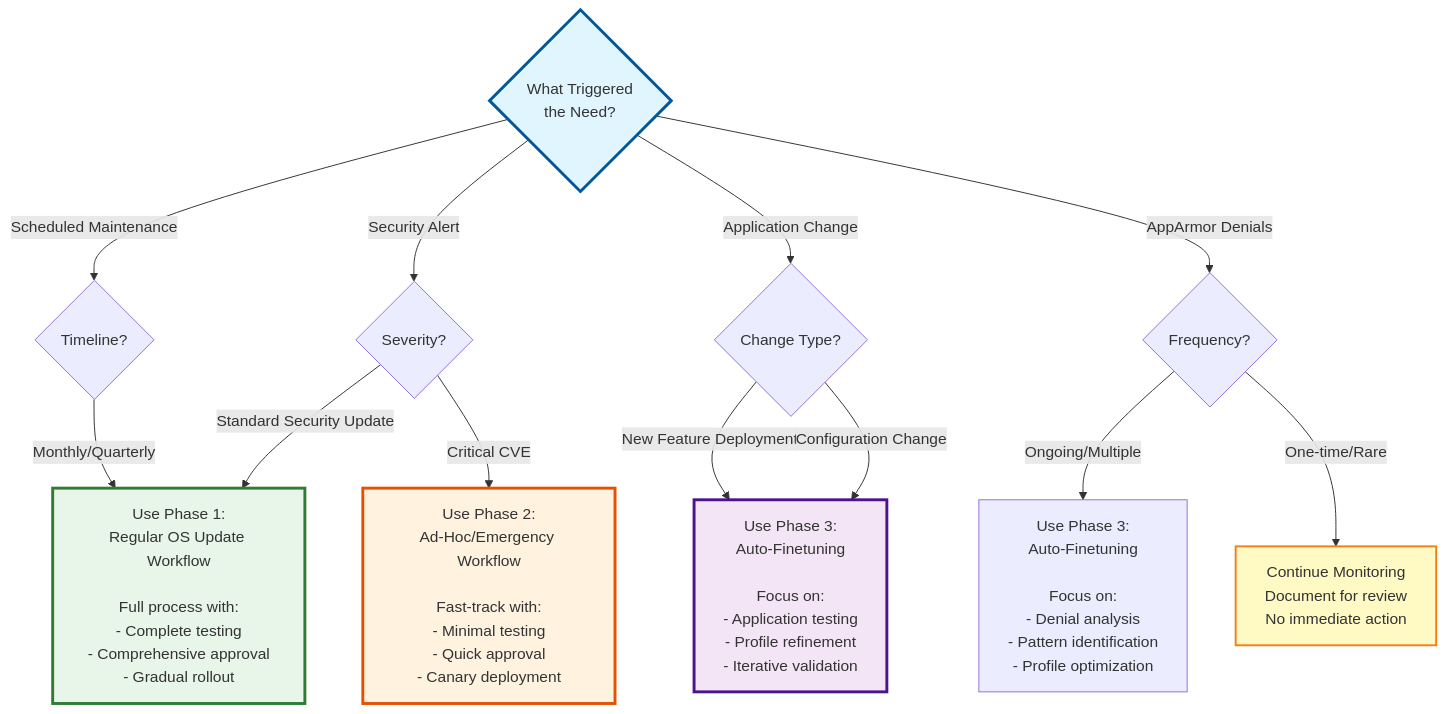
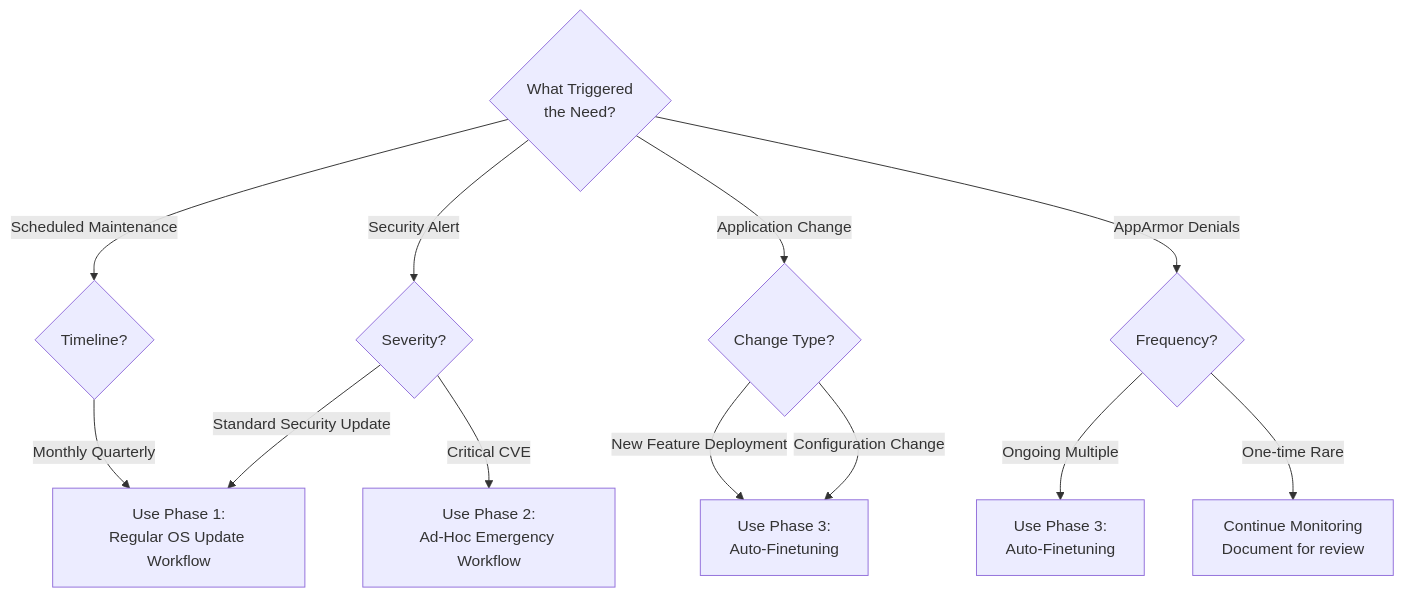
Diagram 15 of 16 in COMPLETE_WORKFLOW.md (jimmyloi1025/apparmor_automation), drawn with Mermaid before and after one commit. The commit also changed other lines of this file, not shown here.

````diff
--- a/COMPLETE_WORKFLOW.md
+++ b/COMPLETE_WORKFLOW.md
@@ -2080,29 +1901,23 @@
 ```mermaid
 flowchart TD
     Start{What Triggered<br/>the Need?}
     
     Start -->|Scheduled Maintenance| Scheduled{Timeline?}
     Start -->|Security Alert| Security{Severity?}
     Start -->|Application Change| AppChange{Change Type?}
     Start -->|AppArmor Denials| Denials{Frequency?}
     
-    Scheduled -->|Monthly/Quarterly| RegularUpdate[Use Phase 1:<br/>Regular OS Update Workflow<br/><br/>Full process with:<br/>- Complete testing<br/>- Comprehensive approval<br/>- Gradual rollout]
+    Scheduled -->|Monthly Quarterly| RegularUpdate[Use Phase 1:<br/>Regular OS Update Workflow]
     
-    Security -->|Critical CVE| Emergency[Use Phase 2:<br/>Ad-Hoc/Emergency Workflow<br/><br/>Fast-track with:<br/>- Minimal testing<br/>- Quick approval<br/>- Canary deployment]
+    Security -->|Critical CVE| Emergency[Use Phase 2:<br/>Ad-Hoc Emergency Workflow]
     
     Security -->|Standard Security Update| RegularUpdate
     
-    AppChange -->|New Feature Deployment| Feature[Use Phase 3:<br/>Auto-Finetuning<br/><br/>Focus on:<br/>- Application testing<br/>- Profile refinement<br/>- Iterative validation]
+    AppChange -->|New Feature Deployment| Feature[Use Phase 3:<br/>Auto-Finetuning]
     
     AppChange -->|Configuration Change| Feature
     
-    Denials -->|Ongoing/Multiple| Pattern[Use Phase 3:<br/>Auto-Finetuning<br/><br/>Focus on:<br/>- Denial analysis<br/>- Pattern identification<br/>- Profile optimization]
+    Denials -->|Ongoing Multiple| Pattern[Use Phase 3:<br/>Auto-Finetuning]
     
-    Denials -->|One-time/Rare| Monitor[Continue Monitoring<br/>Document for review<br/>No immediate action]
-    
-    style Start fill:#e1f5ff,stroke:#01579b,stroke-width:3px
-    style RegularUpdate fill:#e8f5e9,stroke:#2e7d32,stroke-width:3px
-    style Emergency fill:#fff3e0,stroke:#e65100,stroke-width:3px
-    style Feature fill:#f3e5f5,stroke:#4a148c,stroke-width:3px
-    style Monitor fill:#fff9c4,stroke:#f57f17,stroke-width:2px
+    Denials -->|One-time Rare| Monitor[Continue Monitoring<br/>Document for review]
 ```
````
